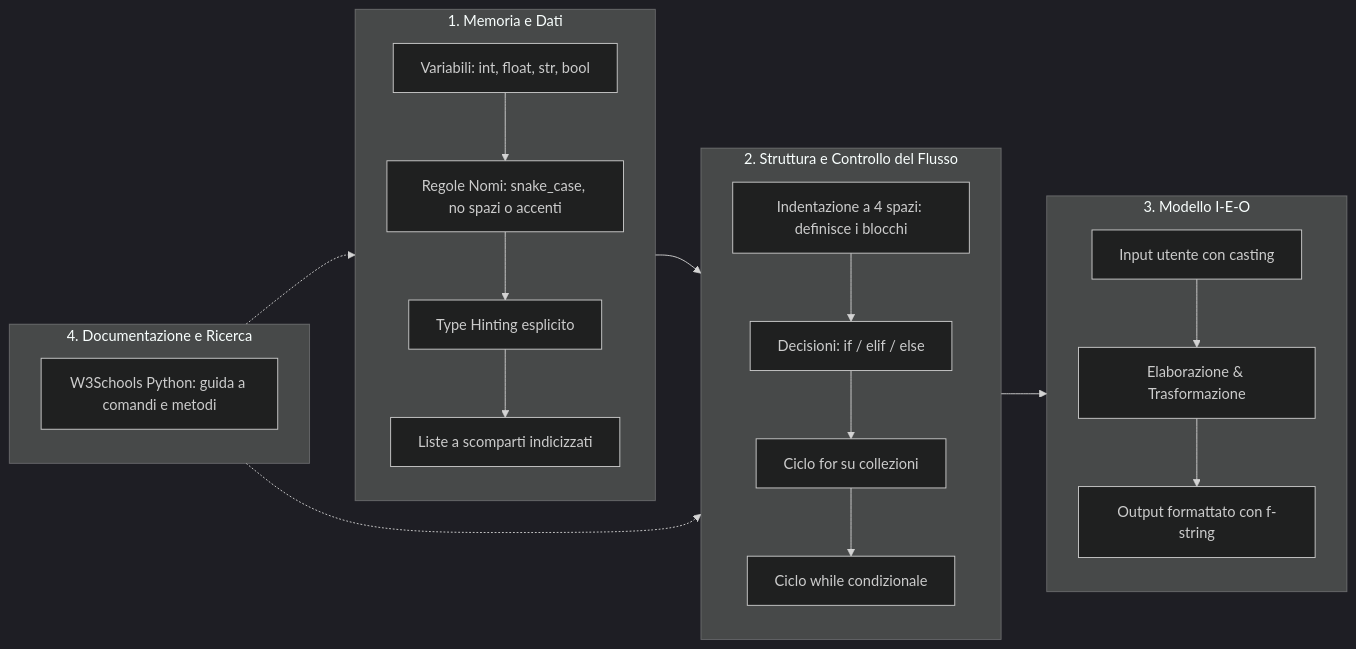
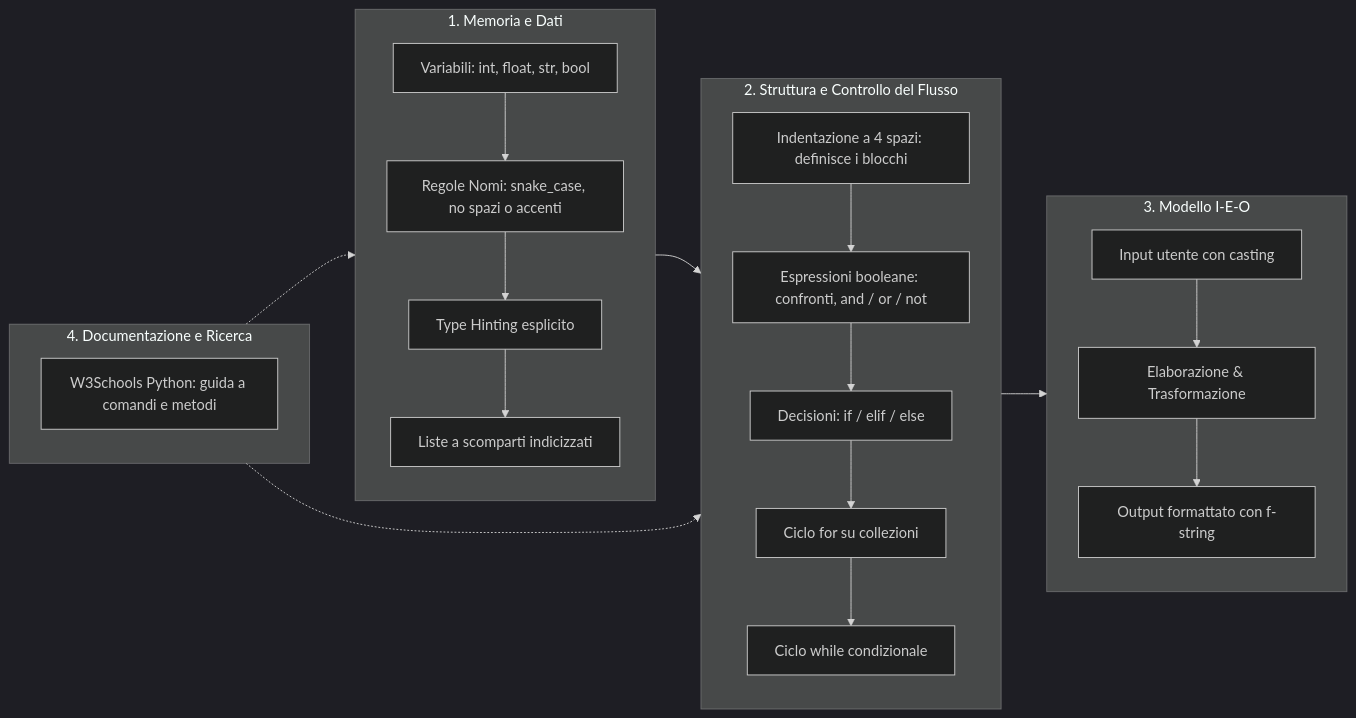
Before and after one commit to angelogalantiscuola/IT: the diagram in 01_Fondamenti_di_Programmazione/01_Introduzione/01_Mappa_Concettuale_Introduzione.md, drawn with Mermaid (dark theme). The commit also changed 5 other files, not shown here.

Commit message:
Aggiornato Modulo 01: migliorata la sezione sul controllo del flusso con dettagli su espressioni booleane e operatori logici. Aggiunta nuova lezione sulle espressioni booleane e ristrutturata la metodologia "Dall'Idea al Flusso". Rimosso il file obsoleto "Dall_Idea_al_Flusso.md".

````diff
--- a/01_Fondamenti_di_Programmazione/01_Introduzione/01_Mappa_Concettuale_Introduzione.md
+++ b/01_Fondamenti_di_Programmazione/01_Introduzione/01_Mappa_Concettuale_Introduzione.md
@@ -3,31 +3,32 @@
 ```mermaid
 flowchart LR
     subgraph S1 ["1. Memoria e Dati"]
         direction TB
         V_PRIM["Variabili: int, float, str, bool"] --> RULES["Regole Nomi: snake_case, no spazi o accenti"]
         RULES --> TYPE["Type Hinting esplicito"]
         TYPE --> LIST_B["Liste a scomparti indicizzati"]
     end
 
     subgraph S2 ["2. Struttura e Controllo del Flusso"]
         direction TB
-        INDENT["Indentazione a 4 spazi: definisce i blocchi"] --> COND["Decisioni: if / elif / else"]
+        INDENT["Indentazione a 4 spazi: definisce i blocchi"] --> BOOL["Espressioni booleane: confronti, and / or / not"]
+        BOOL --> COND["Decisioni: if / elif / else"]
         COND --> FOR_L["Ciclo for su collezioni"]
         FOR_L --> WHILE_L["Ciclo while condizionale"]
     end
 
     subgraph S3 ["3. Modello I-E-O"]
         direction TB
         INP["Input utente con casting"] --> ELAB["Elaborazione & Trasformazione"]
         ELAB --> OUT["Output formattato con f-string"]
     end
 
     subgraph S4 ["4. Documentazione e Ricerca"]
         direction TB
         DOCS["W3Schools Python: guida a comandi e metodi"]
     end
 
     S1 --> S2 --> S3
     S4 -.-> S1
     S4 -.-> S2
 ```
````
